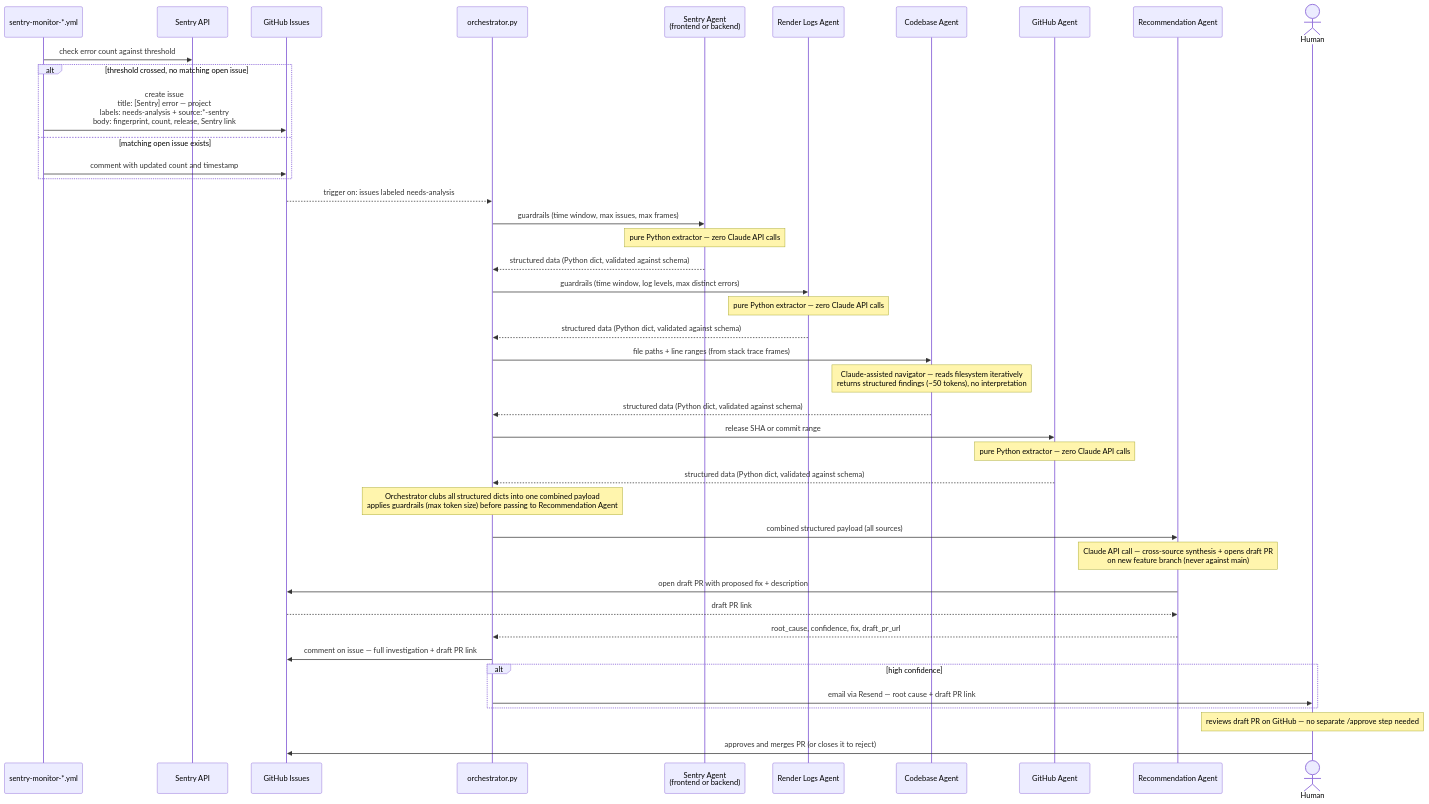
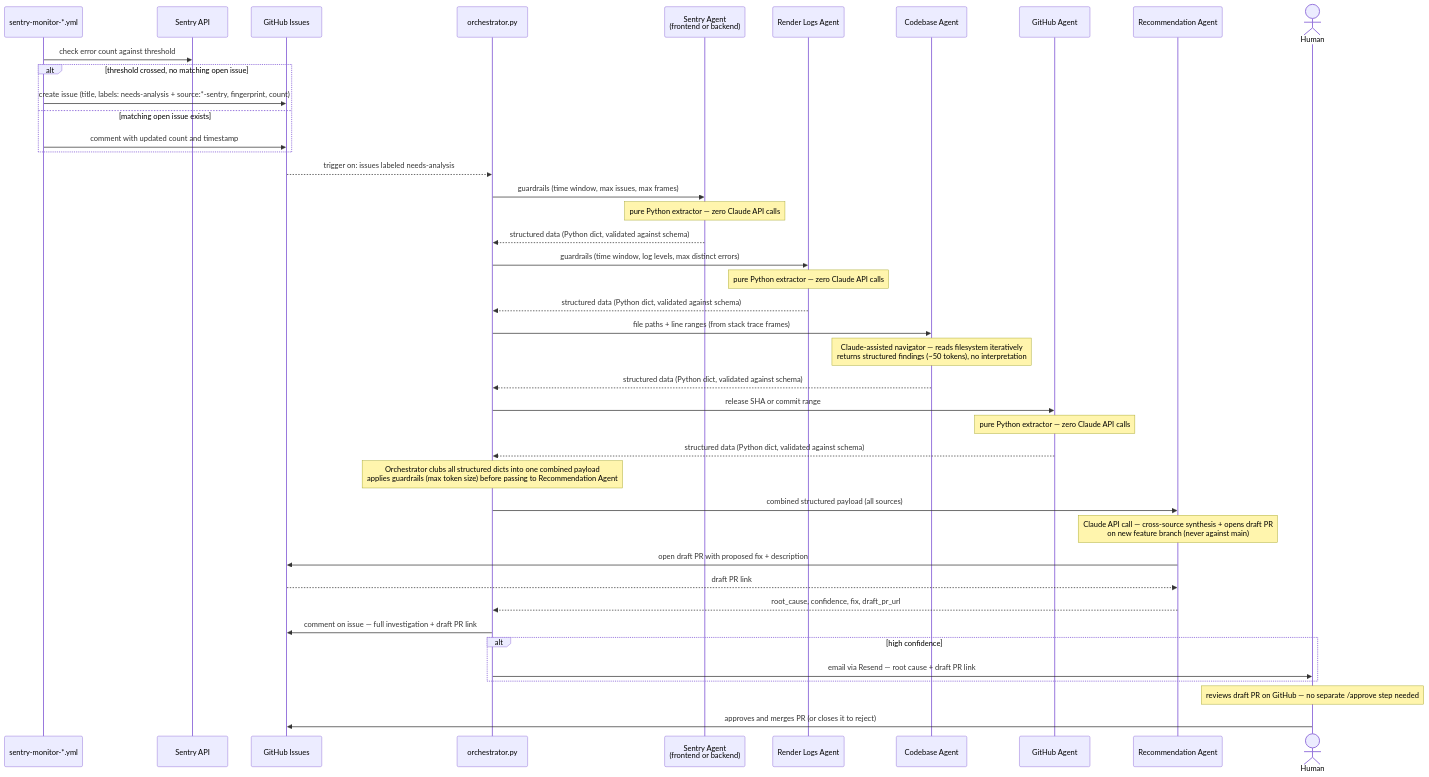
Before and after one commit to vikasparth/restaurant-main: the third of 4 diagrams in docs/engineering-practices/agent-architecture.md, drawn with Mermaid. The commit also changed other lines of this file, not shown here.

First line of the commit message:
fix(docs): remove br tags from Mermaid message text to fix parse errors

````diff
--- a/docs/engineering-practices/agent-architecture.md
+++ b/docs/engineering-practices/agent-architecture.md
@@ -688,46 +688,46 @@
 ```mermaid
 sequenceDiagram
     participant Monitor as sentry-monitor-*.yml
     participant Sentry as Sentry API
     participant GH as GitHub Issues
     participant Orch as orchestrator.py
     participant SAgent as Sentry Agent<br/>(frontend or backend)
     participant Render as Render Logs Agent
     participant Code as Codebase Agent
     participant GHAgent as GitHub Agent
     participant Rec as Recommendation Agent
     actor Human as Human
 
     Monitor->>Sentry: check error count against threshold
     alt threshold crossed, no matching open issue
-        Monitor->>GH: create issue<br/>title: [Sentry] error — project<br/>labels: needs-analysis + source:*-sentry<br/>body: fingerprint, count, release, Sentry link
+        Monitor->>GH: create issue (title, labels: needs-analysis + source:*-sentry, fingerprint, count)
     else matching open issue exists
         Monitor->>GH: comment with updated count and timestamp
     end
 
     GH-->>Orch: trigger on: issues labeled needs-analysis
     Orch->>SAgent: guardrails (time window, max issues, max frames)
     Note over SAgent: pure Python extractor — zero Claude API calls
     SAgent-->>Orch: structured data (Python dict, validated against schema)
     Orch->>Render: guardrails (time window, log levels, max distinct errors)
     Note over Render: pure Python extractor — zero Claude API calls
     Render-->>Orch: structured data (Python dict, validated against schema)
     Orch->>Code: file paths + line ranges (from stack trace frames)
     Note over Code: Claude-assisted navigator — reads filesystem iteratively<br/>returns structured findings (~50 tokens), no interpretation
     Code-->>Orch: structured data (Python dict, validated against schema)
     Orch->>GHAgent: release SHA or commit range
     Note over GHAgent: pure Python extractor — zero Claude API calls
     GHAgent-->>Orch: structured data (Python dict, validated against schema)
     Note over Orch: Orchestrator clubs all structured dicts into one combined payload<br/>applies guardrails (max token size) before passing to Recommendation Agent
     Orch->>Rec: combined structured payload (all sources)
     Note over Rec: Claude API call — cross-source synthesis + opens draft PR<br/>on new feature branch (never against main)
     Rec->>GH: open draft PR with proposed fix + description
     GH-->>Rec: draft PR link
     Rec-->>Orch: root_cause, confidence, fix, draft_pr_url
     Orch->>GH: comment on issue — full investigation + draft PR link
     alt high confidence
         Orch->>Human: email via Resend — root cause + draft PR link
     end
     Note over Human: reviews draft PR on GitHub — no separate /approve step needed
     Human->>GH: approves and merges PR (or closes it to reject)
 ```
````
